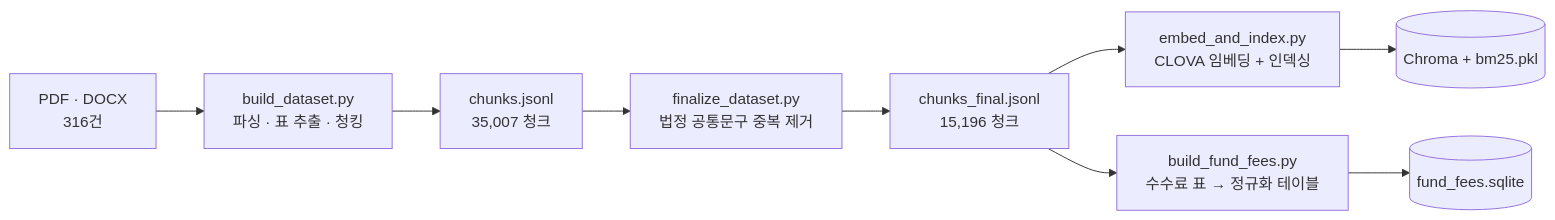
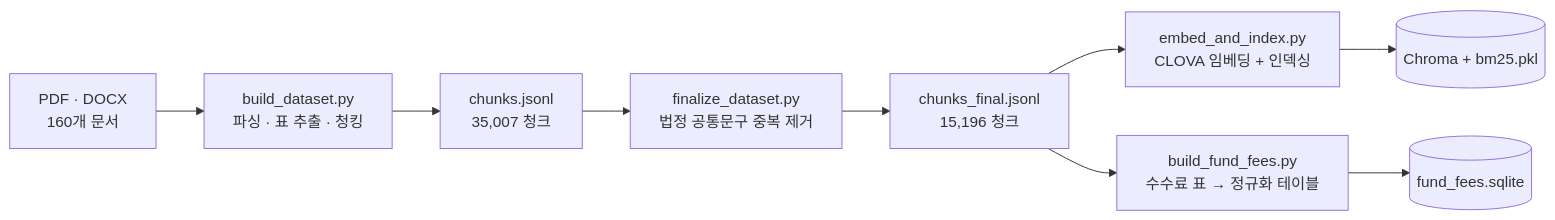
The second of 2 diagrams in README.md (penguinnote/Mirae_Naver_MultiAgent), drawn with Mermaid before and after one commit. The commit also changed other lines of this file and 4 other files, not shown here.

````diff
--- a/README.md
+++ b/README.md
@@ -61,15 +61,15 @@
 ```mermaid
 flowchart LR
-    DOC["PDF · DOCX<br/>316건"]
+    DOC["PDF · DOCX<br/>160개 문서"]
     B1["build_dataset.py<br/>파싱 · 표 추출 · 청킹"]
     C1["chunks.jsonl<br/>35,007 청크"]
     B2["finalize_dataset.py<br/>법정 공통문구 중복 제거"]
     C2["chunks_final.jsonl<br/>15,196 청크"]
     B3["embed_and_index.py<br/>CLOVA 임베딩 + 인덱싱"]
     B4["build_fund_fees.py<br/>수수료 표 → 정규화 테이블"]
     OUT1[("Chroma + bm25.pkl")]
     OUT2[("fund_fees.sqlite")]
 
     DOC --> B1 --> C1 --> B2 --> C2 --> B3 --> OUT1
     C2 --> B4 --> OUT2
 ```
````
